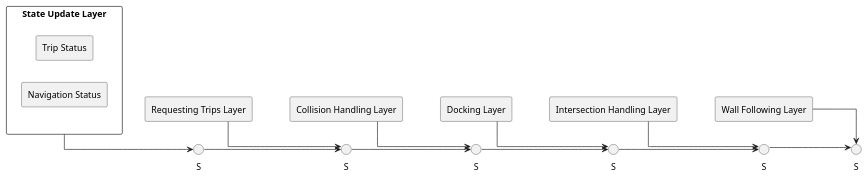
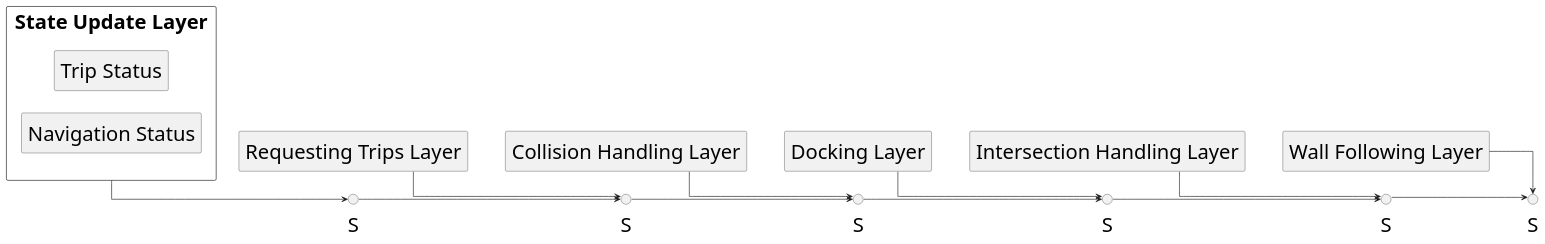
Before and after one commit to NMAI-lab/hermes: the diagram in miscellaneous/documents/diagrams/src/subsumption_architecture.plantuml, drawn with PlantUML. The commit also changed 7 other files, not shown here.

Commit message:
Updated the diagrams to be more paper friendly + updated readme.

```diff
--- a/miscellaneous/documents/diagrams/src/subsumption_architecture.plantuml
+++ b/miscellaneous/documents/diagrams/src/subsumption_architecture.plantuml
@@ -1,51 +1,52 @@
 @startuml
 left to right direction
+skinparam defaultFontSize 32
 skinparam componentStyle rectangle
 skinparam shadowing false
 skinparam linetype ortho
 
 rectangle "State Update Layer" as STATE {
   component "Trip Status"
   component "Navigation Status"
 }
 
 component "Requesting Trips Layer" as REQ
 component "Collision Handling Layer" as COLL
 component "Docking Layer" as DOCK
 component "Intersection Handling Layer" as INT
 component "Wall Following Layer" as WALL
 
 circle "S" as S1
 circle "S" as S2
 circle "S" as S3
 circle "S" as S4
 circle "S" as S5
 circle "S" as S6
 
 
 STATE -[hidden]-> REQ
 REQ   -[hidden]-> COLL
 COLL  -[hidden]-> DOCK
 DOCK  -[hidden]-> INT
 INT   -[hidden]-> WALL
 
 S1 -[hidden]-> S2
 S2 -[hidden]-> S3
 S3 -[hidden]-> S4
 S4 -[hidden]-> S5
 S5 -[hidden]-> S6
 
 STATE --> S1
 REQ   --> S2
 COLL  --> S3
 DOCK  --> S4
 INT   --> S5
 WALL  --> S6
 
 S1 --> S2
 S2 --> S3
 S3 --> S4
 S4 --> S5
 S5 --> S6
 
 @enduml
```
